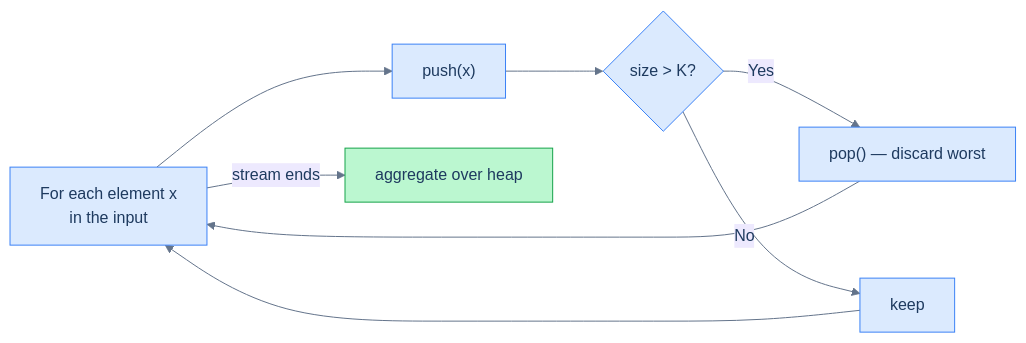
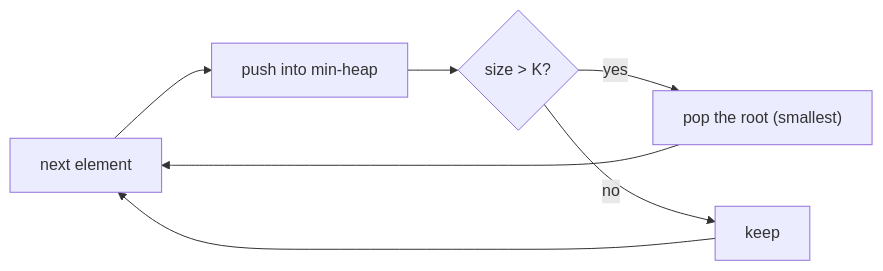
The diagram in content/cortex/data-structures-and-algorithms/03-trees/03-heap/04-pattern-top-k-elements/01-pattern.md (ani2fun/codefolio), drawn with Mermaid before and after one commit. The commit also changed other lines of this file and 1049 other files, not shown here.

````diff
--- a/content/cortex/data-structures-and-algorithms/03-trees/03-heap/04-pattern-top-k-elements/01-pattern.md
+++ b/content/cortex/data-structures-and-algorithms/03-trees/03-heap/04-pattern-top-k-elements/01-pattern.md
@@ -54,22 +43,9 @@
 ```mermaid
----
-config:
-  theme: base
-  themeVariables:
-    primaryColor: "#dbeafe"
-    primaryBorderColor: "#3b82f6"
-    primaryTextColor: "#1e3a5f"
-    lineColor: "#64748b"
-    secondaryColor: "#ede9fe"
-    tertiaryColor: "#fef9c3"
----
 flowchart LR
-    A["For each element x<br/>in the input"] --> B["push(x)"]
-    B --> C{"size > K?"}
-    C -->|Yes| D["pop() — discard worst"]
-    C -->|No| E["keep"]
-    D --> A
-    E --> A
-    A -->|stream ends| F["aggregate over heap"]
-    style F fill:#bbf7d0,stroke:#16a34a
+  X["next element"] --> PU["push into min-heap"]
+  PU --> Q{"size > K?"}
+  Q -->|"yes"| PO["pop the root (smallest)"]
+  Q -->|"no"| K["keep"]
+  PO --> X
+  K --> X
 ```
````
